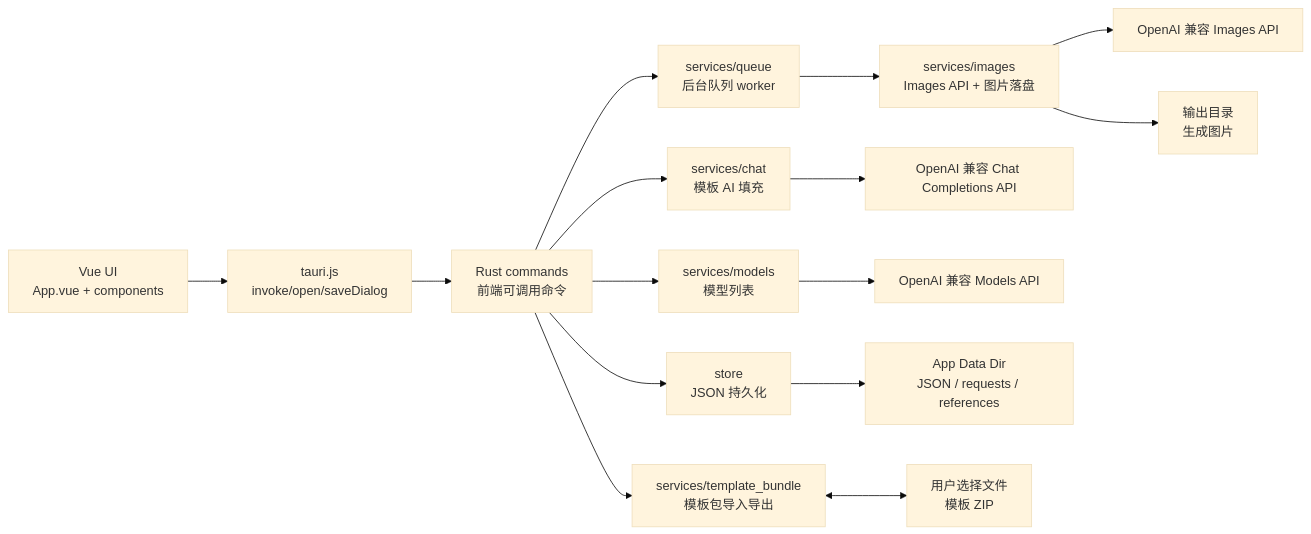
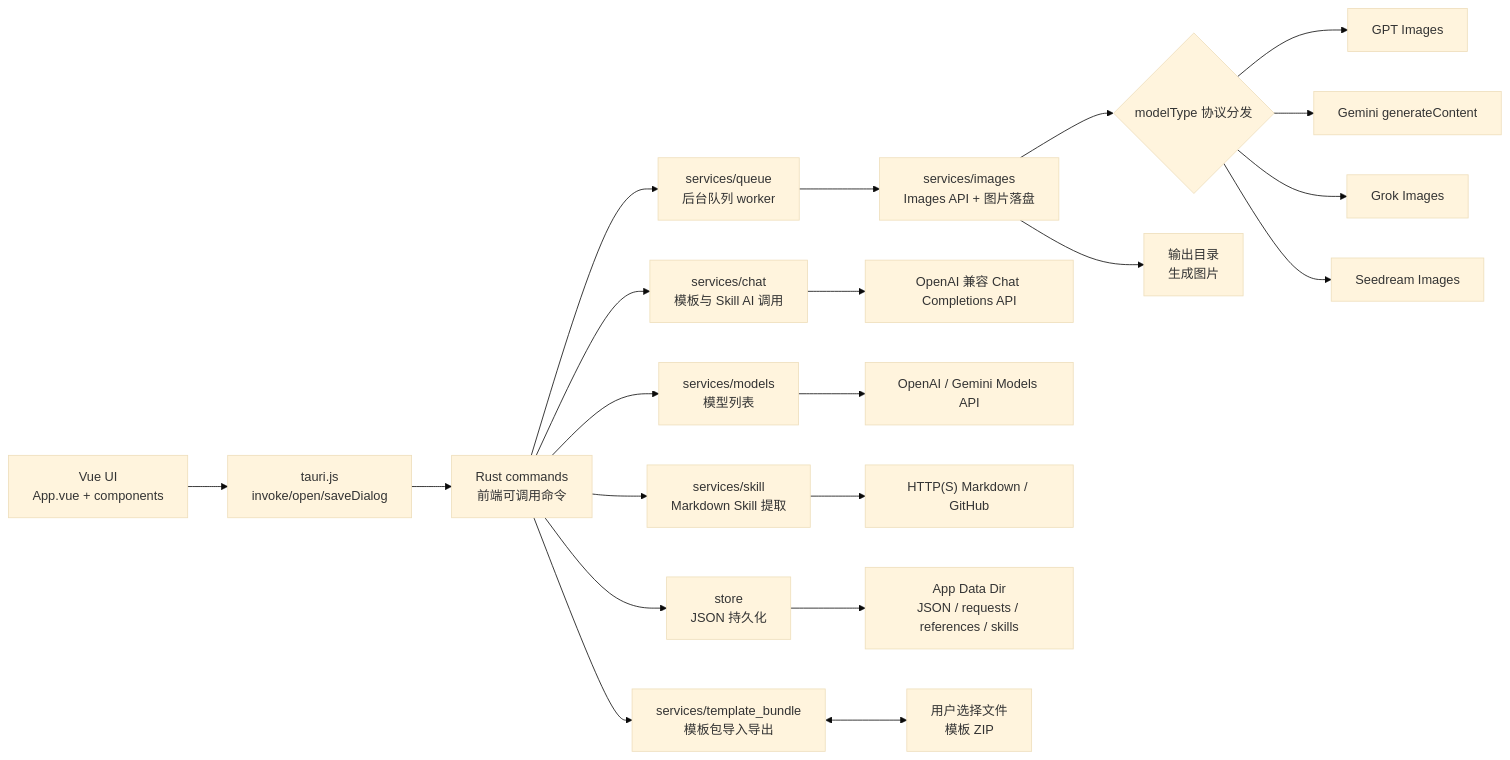
One commit to Tairraos/image-forge changed the first of 7 diagrams in docs/technical-design.md. Above: the diagram before and after it, drawn with Mermaid (base theme). The commit also changed other lines of this file and 1 other file, not shown here.

Commit message:
docs: 更新模型协议与 Skill 技术设计

````diff
--- a/docs/technical-design.md
+++ b/docs/technical-design.md
@@ -7,17 +7,23 @@
 ```mermaid
 flowchart LR
   UI["Vue UI\nApp.vue + components"] --> Bridge["tauri.js\ninvoke/open/saveDialog"]
   Bridge --> Commands["Rust commands\n前端可调用命令"]
   Commands --> Store["store\nJSON 持久化"]
   Commands --> Queue["services/queue\n后台队列 worker"]
-  Commands --> Chat["services/chat\n模板 AI 填充"]
+  Commands --> Chat["services/chat\n模板与 Skill AI 调用"]
+  Commands --> Skill["services/skill\nMarkdown Skill 提取"]
   Commands --> Models["services/models\n模型列表"]
   Commands --> Bundle["services/template_bundle\n模板包导入导出"]
   Queue --> Images["services/images\nImages API + 图片落盘"]
-  Images --> API["OpenAI 兼容 Images API"]
+  Images --> Router{"modelType 协议分发"}
+  Router --> GPT["GPT Images"]
+  Router --> Gemini["Gemini generateContent"]
+  Router --> Grok["Grok Images"]
+  Router --> Seedream["Seedream Images"]
   Chat --> ChatAPI["OpenAI 兼容 Chat Completions API"]
-  Models --> ModelsAPI["OpenAI 兼容 Models API"]
-  Store --> Files["App Data Dir\nJSON / requests / references"]
+  Models --> ModelsAPI["OpenAI / Gemini Models API"]
+  Skill --> Web["HTTP(S) Markdown / GitHub"]
+  Store --> Files["App Data Dir\nJSON / requests / references / skills"]
   Images --> Outputs["输出目录\n生成图片"]
   Bundle <--> Archive["用户选择文件\n模板 ZIP"]
 ```
````
